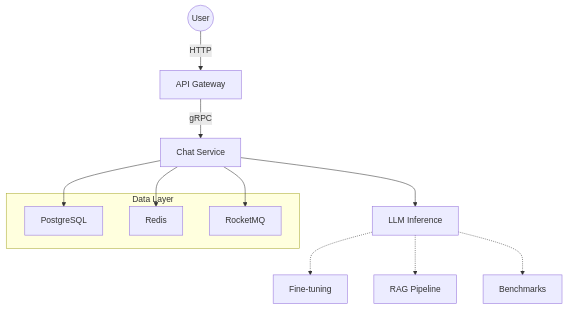
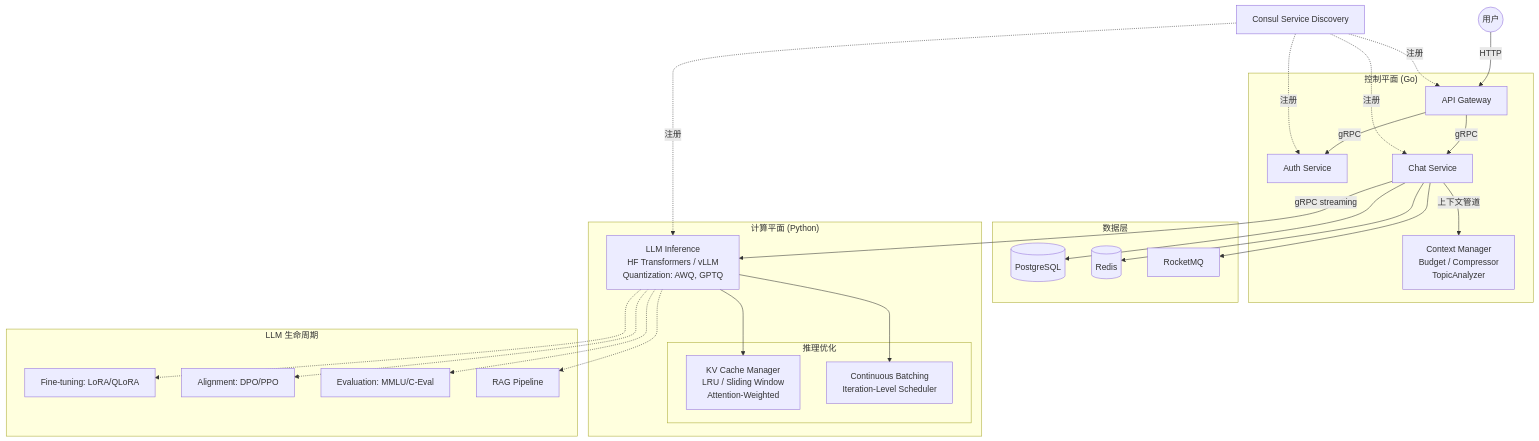
Before and after one commit to Einspanner123/free-chat: the diagram in README_CN.md, drawn with Mermaid. The commit also changed 1 other file, not shown here.

Commit message:
docs: expand architecture diagram to show full system topology
- Split into 4 subgraphs: control plane (Go), data layer, compute plane (Python), LLM lifecycle
- Add Auth Service and Consul service discovery
- Show context manager pipeline inside chat service
- Show KV Cache Manager and continuous batching inside compute plane
- Connect lifecycle modules (fine-tuning, alignment, evaluation, RAG) to LLM inference

````diff
--- a/README_CN.md
+++ b/README_CN.md
@@ -123,18 +123,56 @@
 ```mermaid
-graph TD
-    User((User)) -->|HTTP| Gateway[API Gateway]
-    Gateway -->|gRPC| Chat[Chat Service]
-    Chat --> LLM[LLM Inference]
-    LLM -.-> Finetune[Fine-tuning]
-    LLM -.-> RAG[RAG Pipeline]
-    LLM -.-> Evaluation[Benchmarks]
+graph TB
+    subgraph "控制平面 (Go)"
+        Gateway[API Gateway]
+        Auth[Auth Service]
+        Chat[Chat Service]
+        Chat -->|上下文管道| Context[Context Manager
+Budget / Compressor
+TopicAnalyzer]
+    end
     
-    subgraph "Data Layer"
-        PostgreSQL
-        Redis
-        RocketMQ
+    subgraph "数据层"
+        DB[(PostgreSQL)]
+        Cache[(Redis)]
+        MQ[RocketMQ]
     end
-    Chat --> PostgreSQL
-    Chat --> Redis
-    Chat --> RocketMQ
+    
+    subgraph "计算平面 (Python)"
+        LLM[LLM Inference
+HF Transformers / vLLM
+Quantization: AWQ, GPTQ]
+        subgraph "推理优化"
+            KV[KV Cache Manager
+LRU / Sliding Window
+Attention-Weighted]
+            Sched[Continuous Batching
+Iteration-Level Scheduler]
+        end
+    end
+    
+    subgraph "LLM 生命周期"
+        Finetune[Fine-tuning: LoRA/QLoRA]
+        Align[Alignment: DPO/PPO]
+        Eval[Evaluation: MMLU/C-Eval]
+        RAG[RAG Pipeline]
+    end
+    
+    User((用户)) -->|HTTP| Gateway
+    Gateway -->|gRPC| Auth
+    Gateway -->|gRPC| Chat
+    Chat --> DB
+    Chat --> Cache
+    Chat --> MQ
+    Chat -->|gRPC streaming| LLM
+    LLM --> KV
+    LLM --> Sched
+    LLM -.-> Finetune
+    LLM -.-> Align
+    LLM -.-> Eval
+    LLM -.-> RAG
+    
+    Consul[Consul Service Discovery] -.->|注册| Gateway
+    Consul -.->|注册| Auth
+    Consul -.->|注册| Chat
+    Consul -.->|注册| LLM
 ```
````
